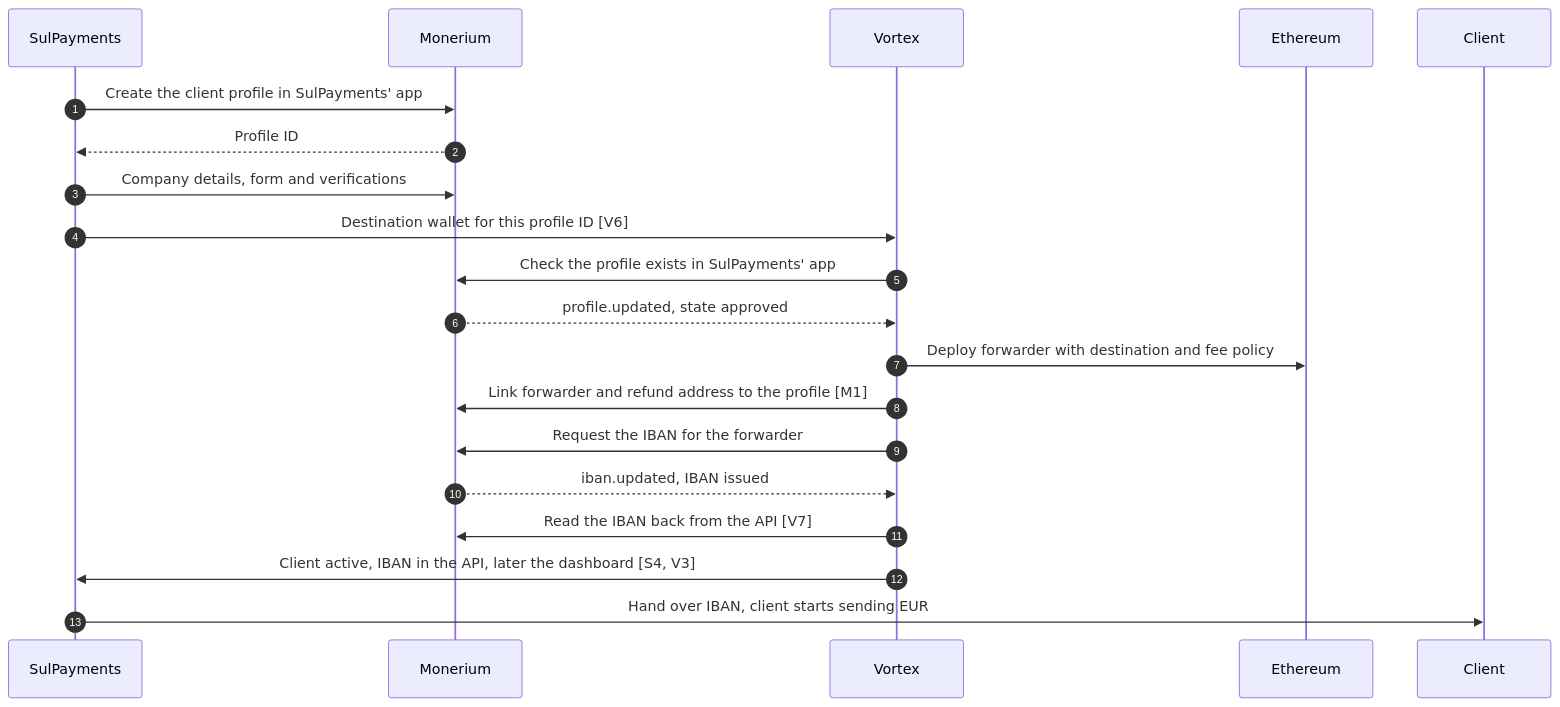
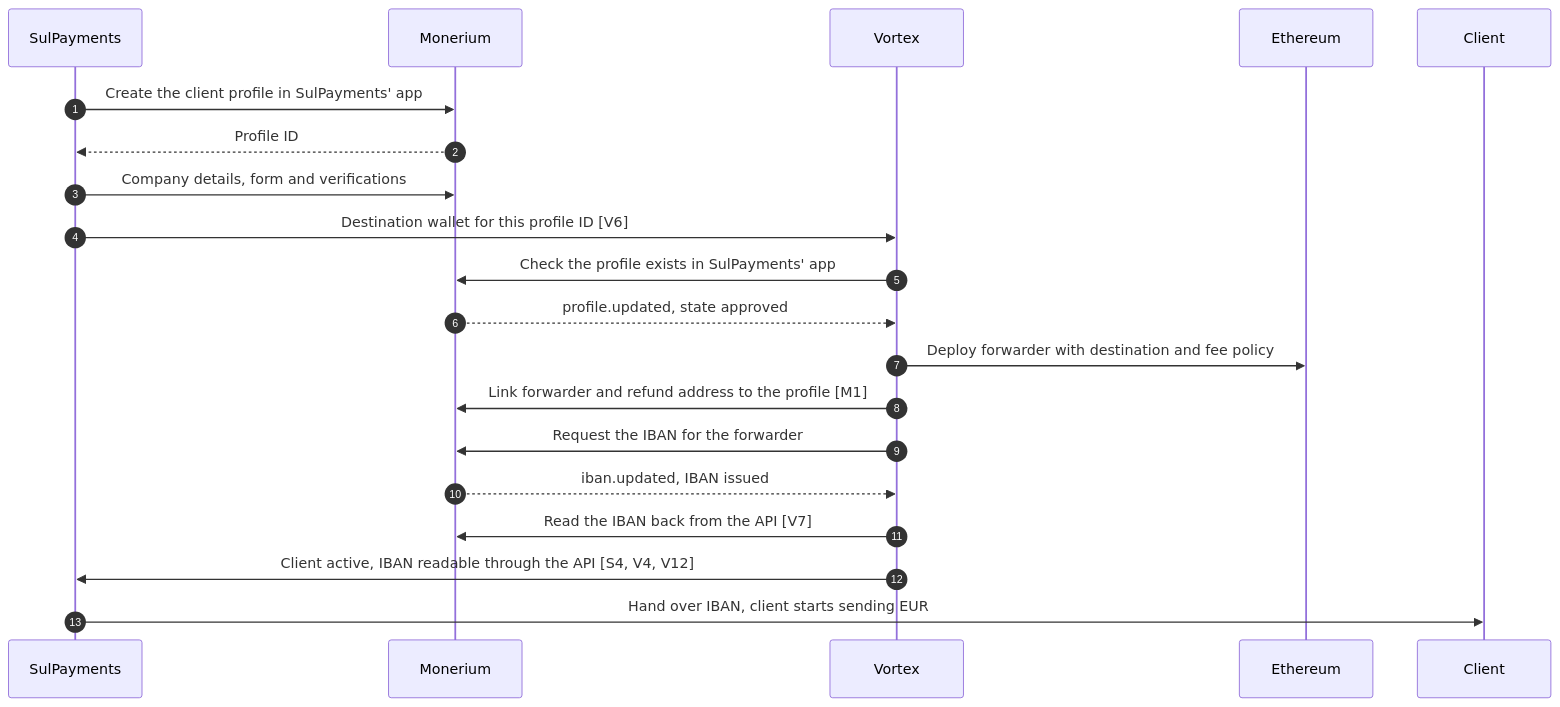
Before and after one commit to pendulum-chain/vortex: the second of 6 diagrams in docs/product-monerium-b2b-flow.md, drawn with Mermaid. The commit also changed other lines of this file, not shown here.

First line of the commit message:
docs(repo): add SulPayments' lifecycle and API-first requirements to the flow

````diff
--- a/docs/product-monerium-b2b-flow.md
+++ b/docs/product-monerium-b2b-flow.md
@@ -121,23 +121,23 @@
 ```mermaid
 sequenceDiagram
     autonumber
     participant SP as SulPayments
     participant M as Monerium
     participant V as Vortex
     participant C as Ethereum
     participant CL as Client
 
     SP->>M: Create the client profile in SulPayments' app
     M-->>SP: Profile ID
     SP->>M: Company details, form and verifications
     SP->>V: Destination wallet for this profile ID [V6]
     V->>M: Check the profile exists in SulPayments' app
     M-->>V: profile.updated, state approved
     V->>C: Deploy forwarder with destination and fee policy
     V->>M: Link forwarder and refund address to the profile [M1]
     V->>M: Request the IBAN for the forwarder
     M-->>V: iban.updated, IBAN issued
     V->>M: Read the IBAN back from the API [V7]
-    V->>SP: Client active, IBAN in the API, later the dashboard [S4, V3]
+    V->>SP: Client active, IBAN readable through the API [S4, V4, V12]
     SP->>CL: Hand over IBAN, client starts sending EUR
 ```
````
